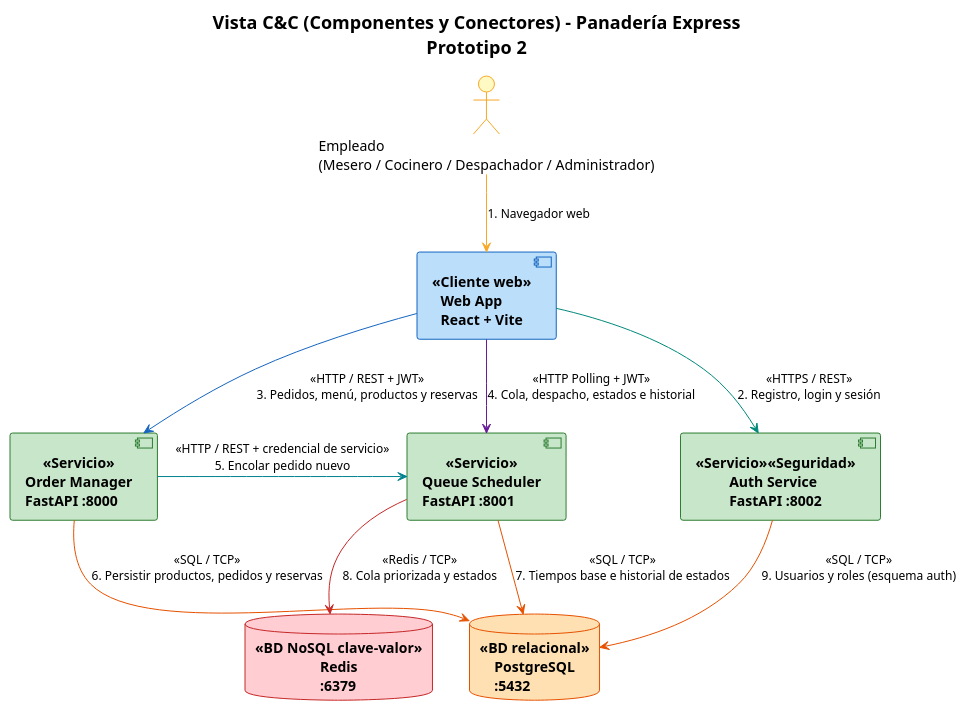
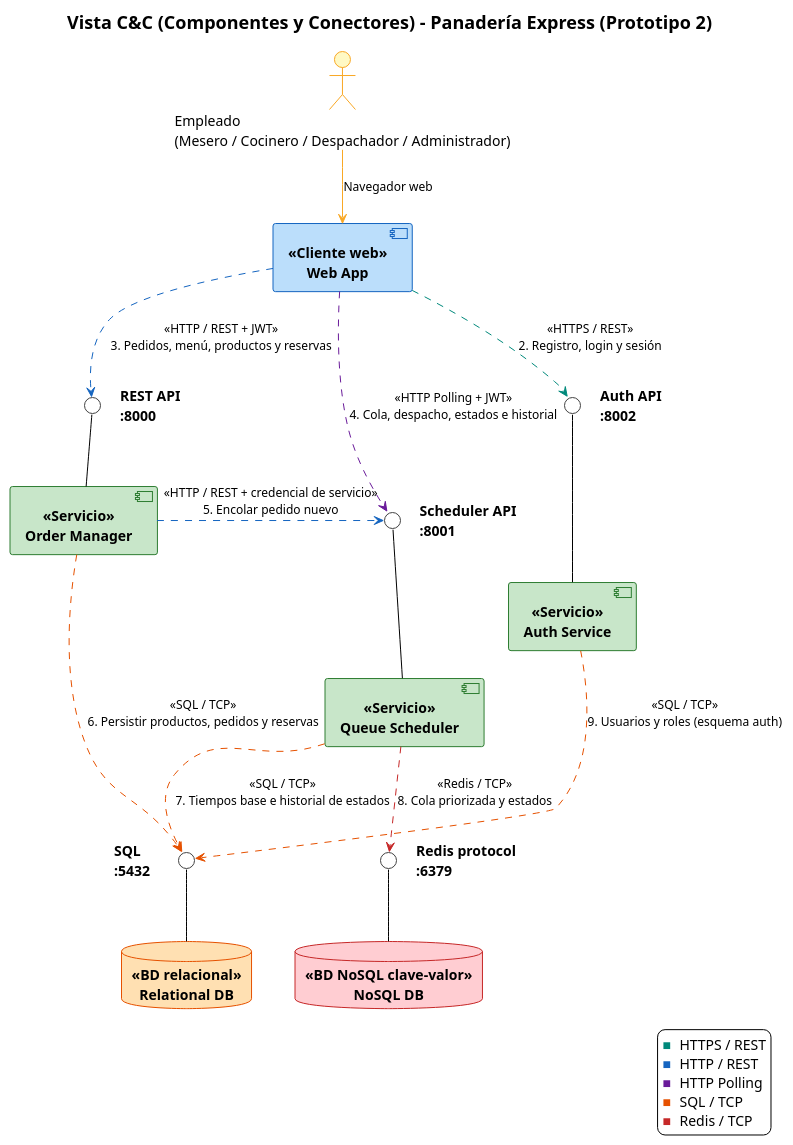
The diagram in g3-H-PanTech/docs/Vista CyC P2.puml (unal-sw-arch/swarch-2026ii), drawn with PlantUML before and after one commit. The commit also changed 3 other files, not shown here.

First line of the commit message:
docs: match prototype 2 diagrams to prototype 1 style

```diff
--- a/g3-H-PanTech/docs/Vista CyC P2.puml
+++ b/g3-H-PanTech/docs/Vista CyC P2.puml
@@ -1,61 +1,113 @@
 @startuml
 !theme plain
 top to bottom direction
 skinparam componentStyle uml2
 skinparam shadowing false
 skinparam defaultFontSize 14
-skinparam nodesep 35
-skinparam ranksep 60
+skinparam nodesep 12
+skinparam ranksep 55
 skinparam ArrowFontSize 12
 skinparam titleFontSize 18
 skinparam titleFontStyle bold
 
 skinparam component {
   BackgroundColor<<Cliente web>> #BBDEFB
   BorderColor<<Cliente web>> #1565C0
   BackgroundColor<<Servicio>> #C8E6C9
   BorderColor<<Servicio>> #2E7D32
-  BackgroundColor<<Seguridad>> #E1BEE7
-  BorderColor<<Seguridad>> #6A1B9A
   FontStyle bold
 }
 skinparam database {
   BackgroundColor<<BD relacional>> #FFE0B2
   BorderColor<<BD relacional>> #E65100
   BackgroundColor<<BD NoSQL clave-valor>> #FFCDD2
   BorderColor<<BD NoSQL clave-valor>> #C62828
   FontStyle bold
 }
 skinparam actor {
   BackgroundColor #FFF9C4
   BorderColor #F9A825
 }
+skinparam note {
+  BackgroundColor transparent
+  BorderColor transparent
+  FontStyle bold
+}
+skinparam interface {
+  BackgroundColor #FFFFFF
+  BorderColor #424242
+}
 
-title
-  Vista C&C (Componentes y Conectores) - Panadería Express
-  Prototipo 2
-end title
+title Vista C&C (Componentes y Conectores) - Panadería Express (Prototipo 2)
 
 actor "Empleado\n(Mesero / Cocinero / Despachador / Administrador)" as Empleado
 
-component "Web App\nReact + Vite" as Frontend <<Cliente web>>
-component "Auth Service\nFastAPI :8002" as Auth <<Servicio>> <<Seguridad>>
-component "Order Manager\nFastAPI :8000" as Order <<Servicio>>
-component "Queue Scheduler\nFastAPI :8001" as Scheduler <<Servicio>>
-database "PostgreSQL\n:5432" as RDB <<BD relacional>>
-database "Redis\n:6379" as NDB <<BD NoSQL clave-valor>>
+component "Web App" as Frontend <<Cliente web>>
+interface " " as IOrder
+component "Order Manager" as Order <<Servicio>>
+interface " " as ISched
+component "Queue Scheduler" as Scheduler <<Servicio>>
+interface " " as IAuth
+component "Auth Service" as Auth <<Servicio>>
+interface " " as ISQL
+interface " " as IRedis
+database "Relational DB" as RDB <<BD relacional>>
+database "NoSQL DB" as NDB <<BD NoSQL clave-valor>>
+
+' Interfaces provistas (lollipop)
+IOrder -down- Order
+ISched -down- Scheduler
+IAuth -down- Auth
+ISQL -down- RDB
+IRedis -down- NDB
+ISQL -[hidden]right- IRedis
+
+' Etiquetas flotantes de las interfaces (nombre y puerto)
+note as NOrder
+REST API
+:8000
+end note
+note as NSched
+Scheduler API
+:8001
+end note
+note as NAuth
+Auth API
+:8002
+end note
+note as NSQL
+SQL
+:5432
+end note
+note as NRedis
+Redis protocol
+:6379
+end note
+IOrder -[hidden]right- NOrder
+ISched -[hidden]right- NSched
+IAuth -[hidden]right- NAuth
+NSQL -[hidden]right- ISQL
+IRedis -[hidden]right- NRedis
 
 ' Usuario final
-Empleado -[#F9A825]down-> Frontend : 1. Navegador web
+Empleado -[#F9A825]down-> Frontend : Navegador web
 
 ' Conectores (interfaz requerida), coloreados por tipo
-Frontend -[#00897B]down-> Auth : <<HTTPS / REST>>\n2. Registro, login y sesión
-Frontend -[#1565C0]down-> Order : <<HTTP / REST + JWT>>\n3. Pedidos, menú, productos y reservas
-Frontend -[#6A1B9A]down-> Scheduler : <<HTTP Polling + JWT>>\n4. Cola, despacho, estados e historial
-Order -[#00838F]right-> Scheduler : <<HTTP / REST + credencial de servicio>>\n5. Encolar pedido nuevo
-Auth -[#E65100]down-> RDB : <<SQL / TCP>>\n9. Usuarios y roles (esquema auth)
-Order -[#E65100]down-> RDB : <<SQL / TCP>>\n6. Persistir productos, pedidos y reservas
-Scheduler -[#E65100]down-> RDB : <<SQL / TCP>>\n7. Tiempos base e historial de estados
-Scheduler -[#C62828]down-> NDB : <<Redis / TCP>>\n8. Cola priorizada y estados
+Frontend .[#1565C0]down.> IOrder : <<HTTP / REST + JWT>>\n3. Pedidos, menú, productos y reservas
+Frontend .[#6A1B9A]down.> ISched : <<HTTP Polling + JWT>>\n4. Cola, despacho, estados e historial
+Frontend .[#00897B]down.> IAuth : <<HTTPS / REST>>\n2. Registro, login y sesión
+Order .[#1565C0]right.> ISched : <<HTTP / REST + credencial de servicio>>\n5. Encolar pedido nuevo
+Order .[#E65100]down.> ISQL : <<SQL / TCP>>\n6. Persistir productos, pedidos y reservas
+Scheduler .[#E65100]down.> ISQL : <<SQL / TCP>>\n7. Tiempos base e historial de estados
+Scheduler .[#C62828]down.> IRedis : <<Redis / TCP>>\n8. Cola priorizada y estados
+Auth .[#E65100]down.> ISQL : <<SQL / TCP>>\n9. Usuarios y roles (esquema auth)
+
+legend right
+  <color:#00897B>■</color> HTTPS / REST
+  <color:#1565C0>■</color> HTTP / REST
+  <color:#6A1B9A>■</color> HTTP Polling
+  <color:#E65100>■</color> SQL / TCP
+  <color:#C62828>■</color> Redis / TCP
+endlegend
 
 @enduml
```
